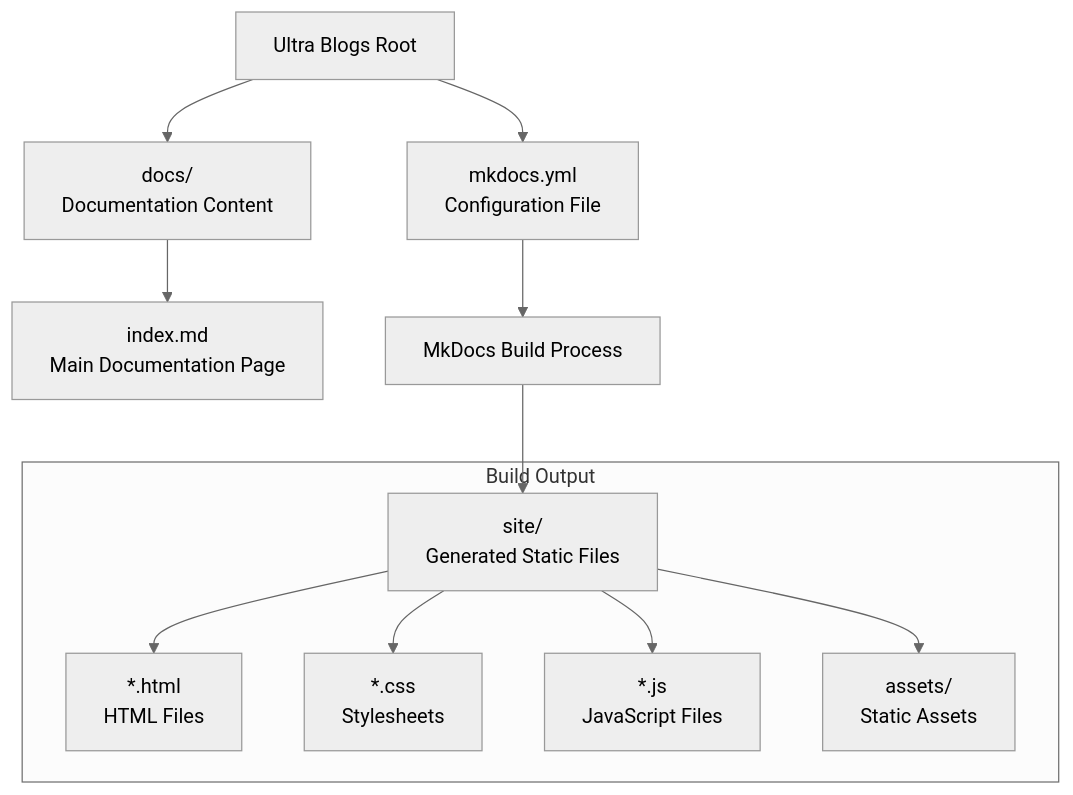
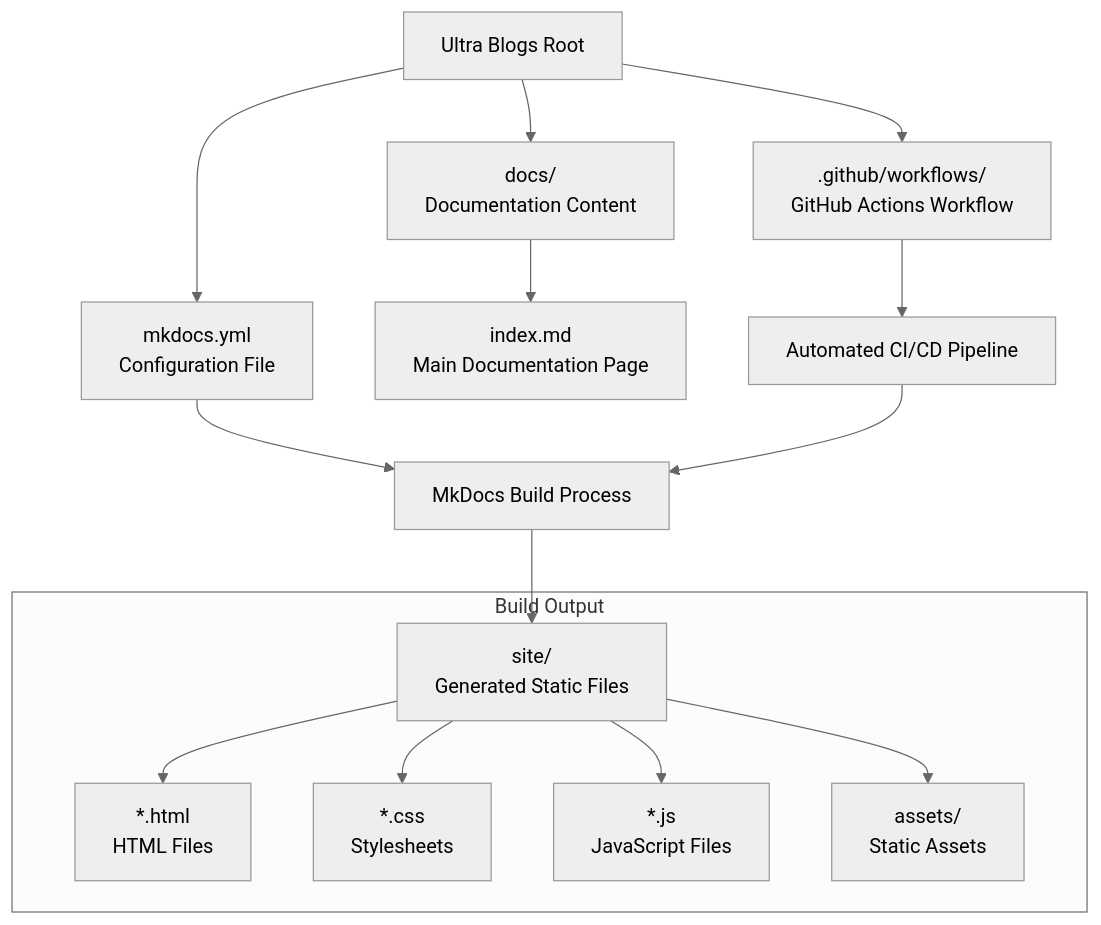
Before and after one commit to UltraOptiMega/UltraOptiMega.github.io: the first of 6 diagrams in .qoder/repowiki/en/content/Deployment Guide.md, drawn with Mermaid (neutral theme). The commit also changed other lines of this file and 6 other files, not shown here.

````diff
--- a/.qoder/repowiki/en/content/Deployment Guide.md
+++ b/.qoder/repowiki/en/content/Deployment Guide.md
@@ -33,15 +42,18 @@
 ```mermaid
 graph TB
 root["Ultra Blogs Root"] --> mkdocs["mkdocs.yml<br/>Configuration File"]
+root --> github_actions[".github/workflows/<br/>GitHub Actions Workflow"]
 root --> docs["docs/<br/>Documentation Content"]
 docs --> index["index.md<br/>Main Documentation Page"]
 subgraph "Build Output"
 site["site/<br/>Generated Static Files"]
 site --> html["*.html<br/>HTML Files"]
 site --> css["*.css<br/>Stylesheets"]
 site --> js["*.js<br/>JavaScript Files"]
 site --> assets["assets/<br/>Static Assets"]
 end
 mkdocs --> build_process["MkDocs Build Process"]
 build_process --> site
+github_actions --> ci_cd["Automated CI/CD Pipeline"]
+ci_cd --> build_process
 ```
````
